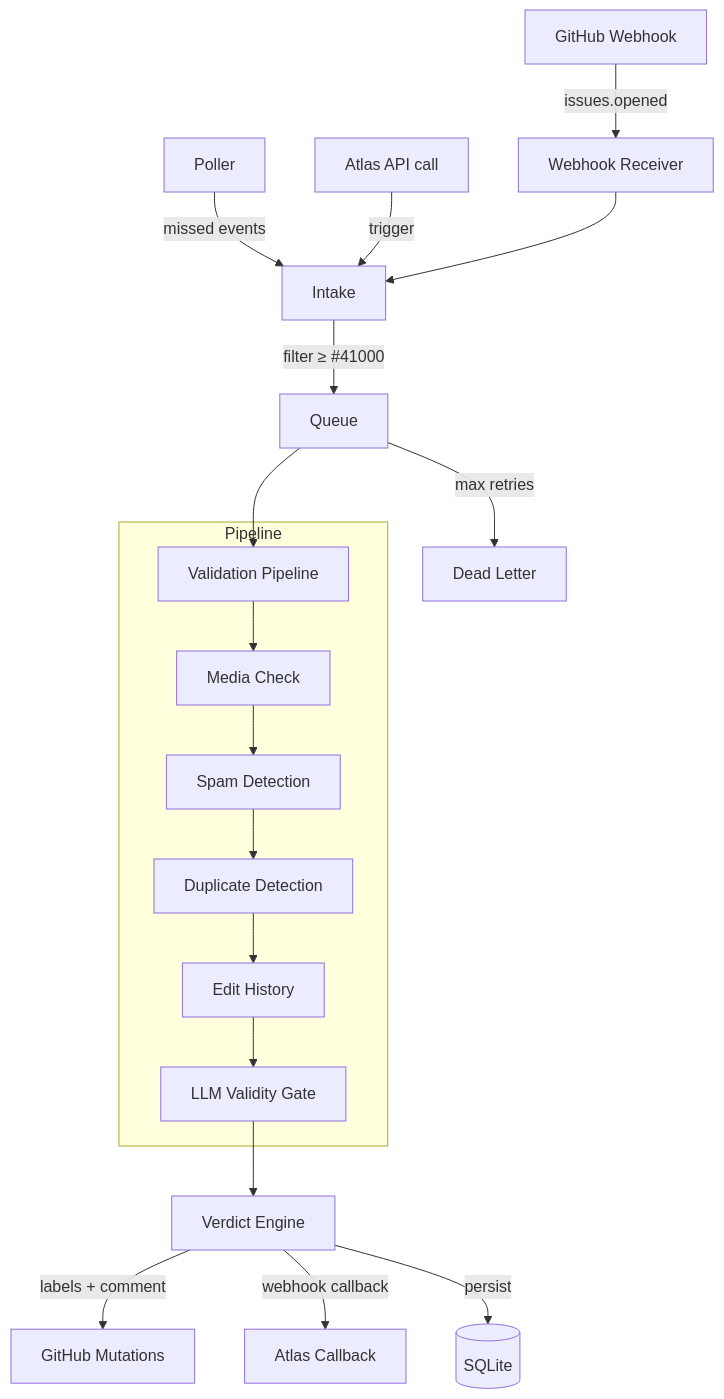
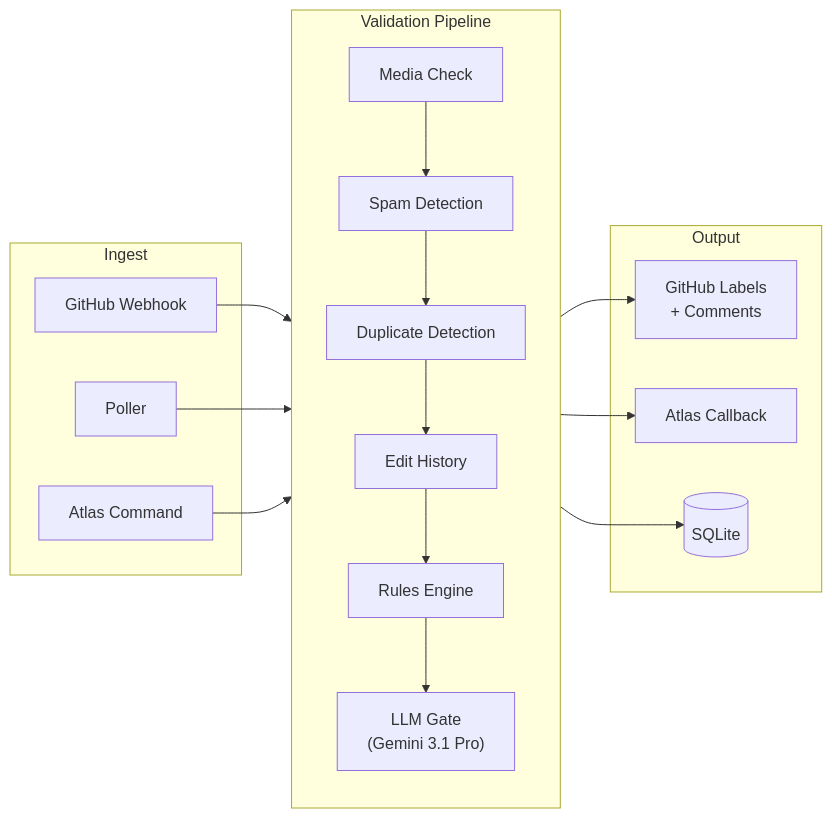
The diagram in README.md (PlatformNetwork/bounty-bot), drawn with Mermaid before and after one commit. The commit also changed other lines of this file and 4 other files, not shown here.

````diff
--- a/README.md
+++ b/README.md
@@ -9,24 +30,30 @@
 ```mermaid
-flowchart TD
-    GH[GitHub Webhook] -->|issues.opened| WH[Webhook Receiver]
-    POLL[Poller] -->|missed events| INT[Intake]
-    ATLAS[Atlas API call] -->|trigger| INT
-    WH --> INT
-    INT -->|filter ≥ #41000| Q[Queue]
-    Q --> PIPE[Validation Pipeline]
+flowchart LR
+    subgraph Ingest
+        GH[GitHub Webhook]
+        POLL[Poller]
+        API[Atlas Command]
+    end
 
-    subgraph Pipeline
-        PIPE --> MEDIA[Media Check]
-        MEDIA --> SPAM[Spam Detection]
+    subgraph Validate["Validation Pipeline"]
+        direction TB
+        MEDIA[Media Check] --> SPAM[Spam Detection]
         SPAM --> DUP[Duplicate Detection]
         DUP --> EDIT[Edit History]
-        EDIT --> LLM[LLM Validity Gate]
+        EDIT --> RULES[Rules Engine]
+        RULES --> LLM["LLM Gate\n(Gemini 3.1 Pro)"]
     end
 
-    LLM --> VERD[Verdict Engine]
-    VERD -->|labels + comment| GH_MUT[GitHub Mutations]
-    VERD -->|webhook callback| ATLAS_CB[Atlas Callback]
-    VERD -->|persist| DB[(SQLite)]
+    subgraph Output
+        GH_MUT[GitHub Labels\n+ Comments]
+        ATLAS_CB[Atlas Callback]
+        DB[(SQLite)]
+    end
 
-    Q -->|max retries| DL[Dead Letter]
+    GH --> Validate
+    POLL --> Validate
+    API --> Validate
+    Validate --> GH_MUT
+    Validate --> ATLAS_CB
+    Validate --> DB
 ```
````
